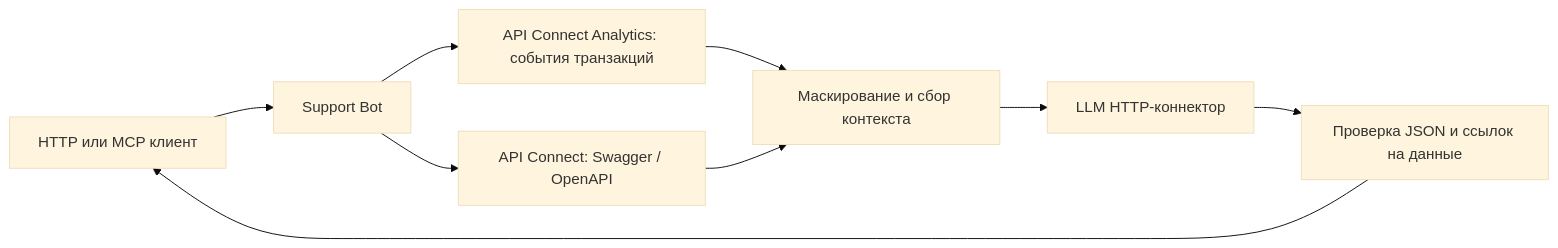
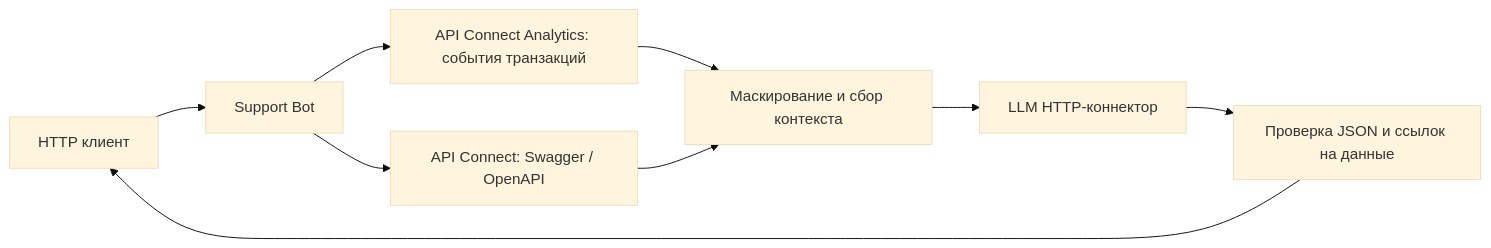
The diagram in README.md (SergeyPaponov/support-bot), drawn with Mermaid (base theme) before and after one commit. The commit also changed other lines of this file and 10 other files, not shown here.

Commit message:
Remove MCP transport and retain HTTP REST API

````diff
--- a/README.md
+++ b/README.md
@@ -11,11 +11,11 @@
 ```mermaid
 flowchart LR
-  Client[HTTP или MCP клиент] --> Server[Support Bot]
+  Client[HTTP клиент] --> Server[Support Bot]
   Server --> Analytics[API Connect Analytics: события транзакций]
   Server --> APIC[API Connect: Swagger / OpenAPI]
   Analytics --> Context[Маскирование и сбор контекста]
   APIC --> Context
   Context --> LLM[LLM HTTP-коннектор]
   LLM --> Validate[Проверка JSON и ссылок на данные]
   Validate --> Client
 ```
````
